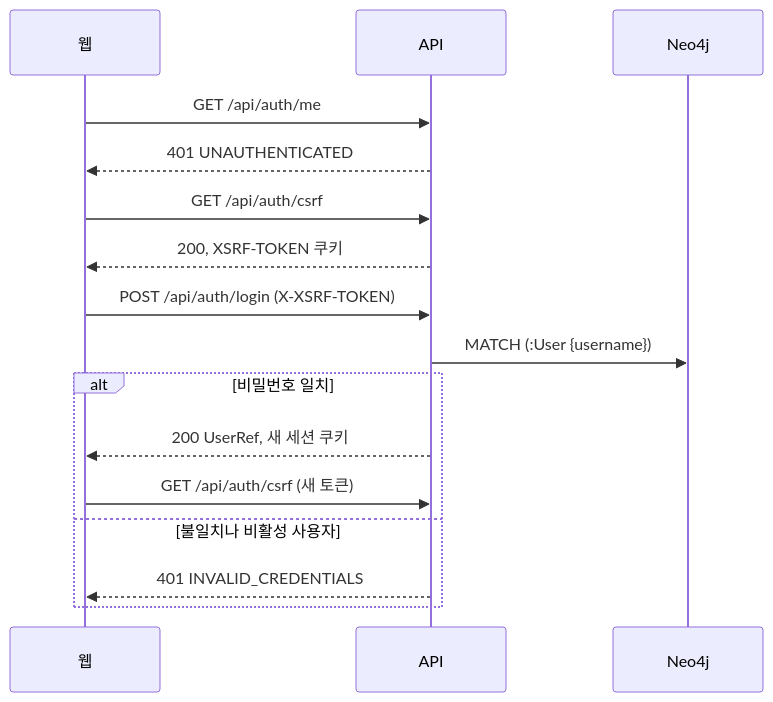
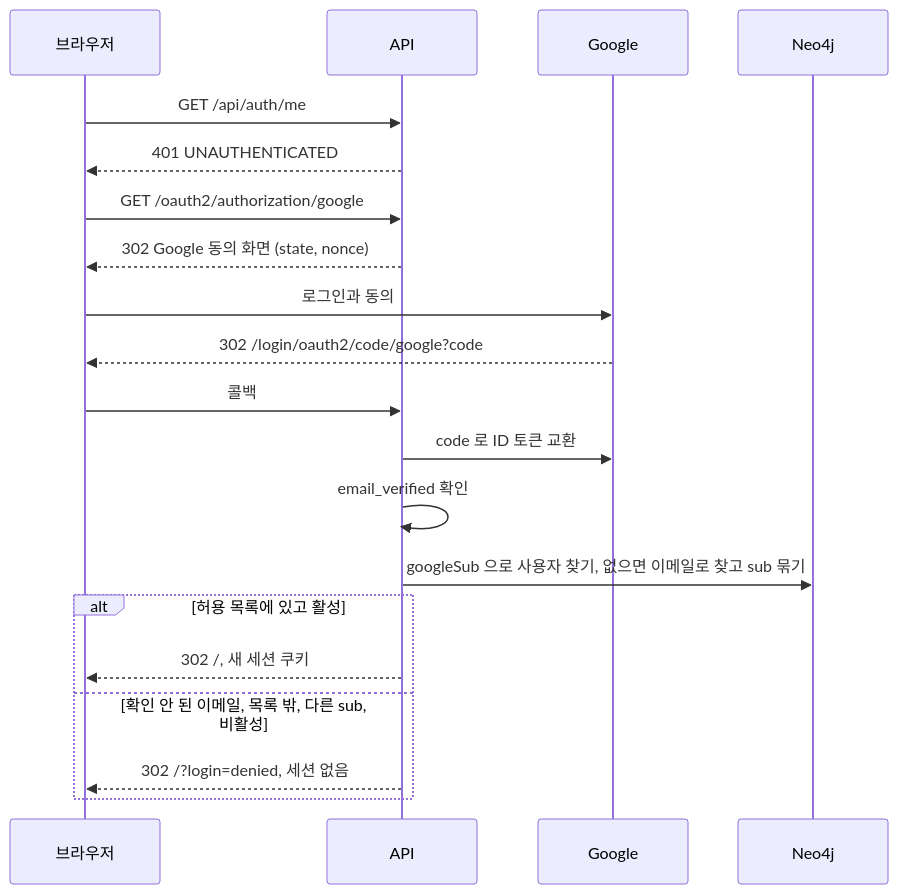
The first of 6 diagrams in financial-workbench/docs/flow.md (jon890/fos-graphrag), drawn with Mermaid before and after one commit. The commit also changed other lines of this file and 40 other files, not shown here.

First line of the commit message:
feat(workbench-api): Google 로그인과 허용 사용자, 역할 권한을 더한다

````diff
--- a/financial-workbench/docs/flow.md
+++ b/financial-workbench/docs/flow.md
@@ -5,18 +5,22 @@
 ```mermaid
 sequenceDiagram
-  participant W as 웹
+  participant W as 브라우저
   participant A as API
+  participant G as Google
   participant N as Neo4j
   W->>A: GET /api/auth/me
   A-->>W: 401 UNAUTHENTICATED
-  W->>A: GET /api/auth/csrf
-  A-->>W: 200, XSRF-TOKEN 쿠키
-  W->>A: POST /api/auth/login (X-XSRF-TOKEN)
-  A->>N: MATCH (:User {username})
-  alt 비밀번호 일치
-    A-->>W: 200 UserRef, 새 세션 쿠키
-    W->>A: GET /api/auth/csrf (새 토큰)
-  else 불일치나 비활성 사용자
-    A-->>W: 401 INVALID_CREDENTIALS
+  W->>A: GET /oauth2/authorization/google
+  A-->>W: 302 Google 동의 화면 (state, nonce)
+  W->>G: 로그인과 동의
+  G-->>W: 302 /login/oauth2/code/google?code
+  W->>A: 콜백
+  A->>G: code 로 ID 토큰 교환
+  A->>A: email_verified 확인
+  A->>N: googleSub 으로 사용자 찾기, 없으면 이메일로 찾고 sub 묶기
+  alt 허용 목록에 있고 활성
+    A-->>W: 302 /, 새 세션 쿠키
+  else 확인 안 된 이메일, 목록 밖, 다른 sub, 비활성
+    A-->>W: 302 /?login=denied, 세션 없음
   end
 ```
````
